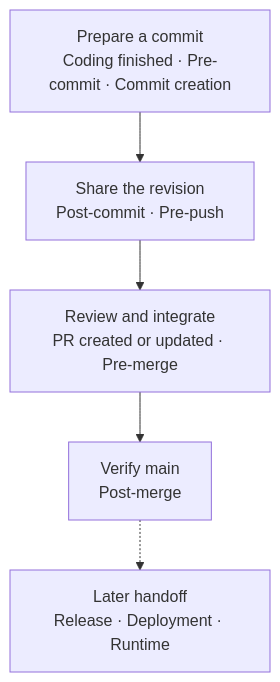
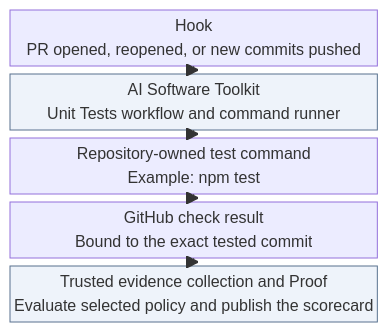
Before and after one commit to ravisingh11/ai-software-toolkit: the second of 2 diagrams in README.md, drawn with Mermaid. The commit also changed other lines of this file, not shown here.

Commit message:
docs: explain SDLC invocation and unit-test connections

````diff
--- a/README.md
+++ b/README.md
@@ -57,10 +226,15 @@
 ```mermaid
-flowchart TD
-    A["Prepare a commit<br/>Coding finished · Pre-commit · Commit creation"]
-    B["Share the revision<br/>Post-commit · Pre-push"]
-    C["Review and integrate<br/>PR created or updated · Pre-merge"]
-    D["Verify main<br/>Post-merge"]
-    E["Later handoff<br/>Release · Deployment · Runtime"]
-    A --> B --> C --> D
-    D -.-> E
+block-beta
+  columns 1
+  A["Hook<br/>PR opened, reopened, or new commits pushed"]
+  B["AI Software Toolkit<br/>Unit Tests workflow and command runner"]
+  C["Repository-owned test command<br/>Example: npm test"]
+  D["GitHub check result<br/>Bound to the exact tested commit"]
+  E["Trusted evidence collection and Proof<br/>Evaluate selected policy and publish the scorecard"]
+  A --> B
+  B --> C
+  C --> D
+  D --> E
+  classDef toolkit fill:#eef3fa,stroke:#58718e,color:#243549
+  class B,E toolkit
 ```
````
